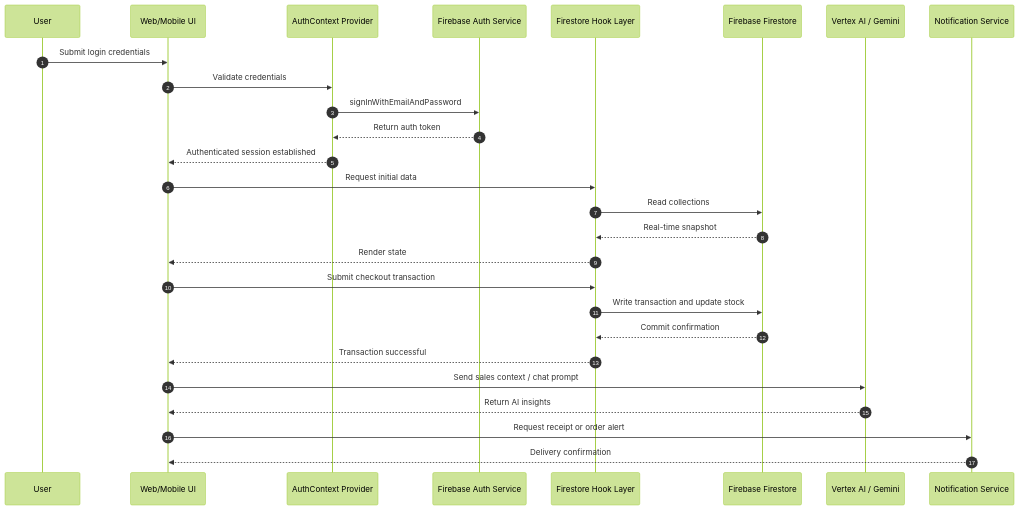
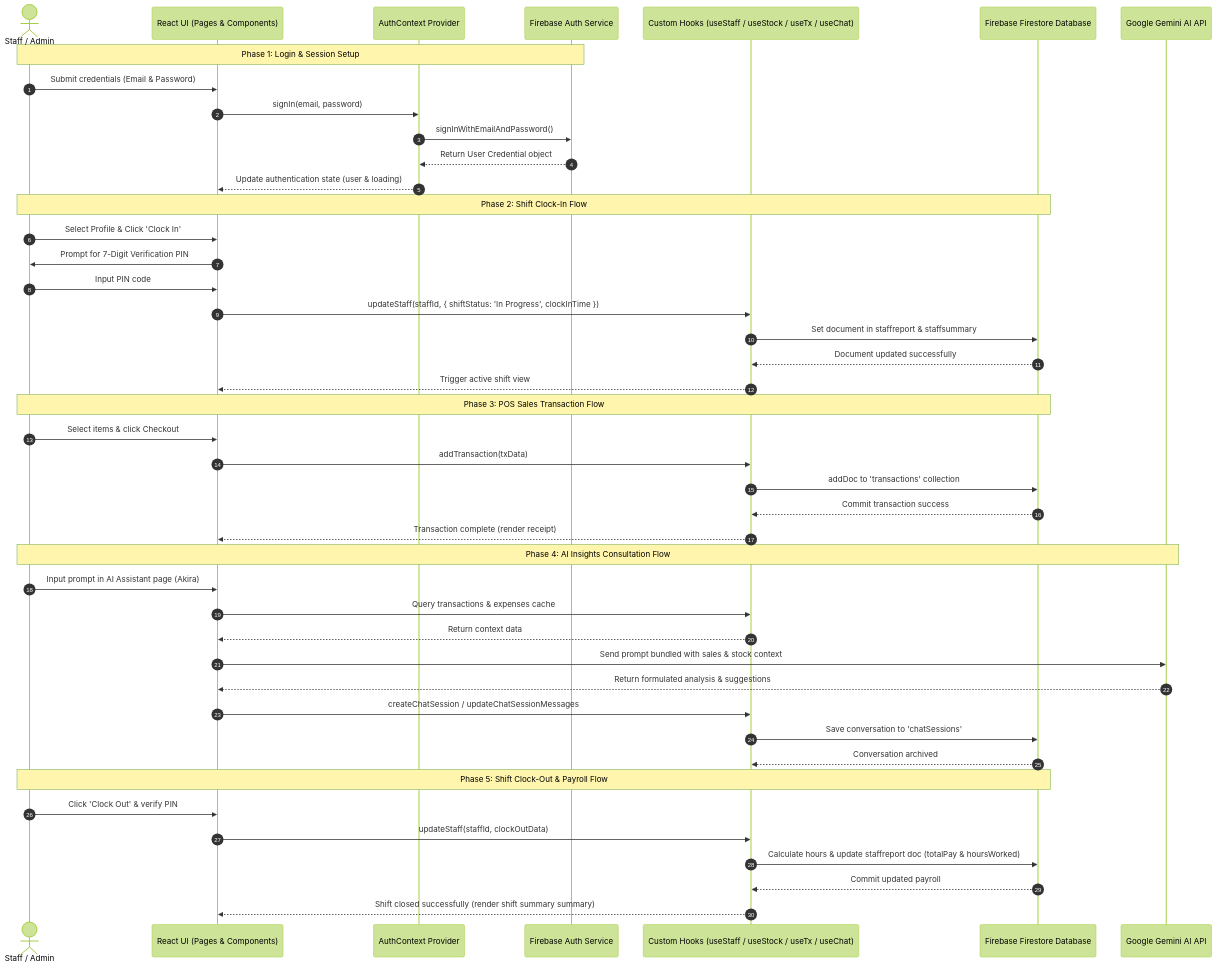
One commit to nloqmanhn05/Kedai1.0 changed the diagram in Diagram/sequence diagram.md. Above: the diagram before and after it, drawn with Mermaid (forest theme). The commit also changed other lines of this file and 4 other files, not shown here.

Commit message:
docs: update system design diagrams with current react-firestore architecture

````diff
--- a/Diagram/sequence diagram.md
+++ b/Diagram/sequence diagram.md
@@ -1,33 +1,56 @@
 ```mermaid
 sequenceDiagram
     autonumber
-    participant User
-    participant UI as Web/Mobile UI
+    actor User as Staff / Admin
+    participant UI as React UI (Pages & Components)
     participant AuthCtx as AuthContext Provider
-    participant FirebaseAuth as Firebase Auth Service
-    participant FirestoreHook as Firestore Hook Layer
-    participant Firestore as Firebase Firestore
-    participant Gemini as Vertex AI / Gemini
-    participant Notification as Notification Service
+    participant Auth as Firebase Auth Service
+    participant Hooks as Custom Hooks (useStaff / useStock / useTx / useChat)
+    participant Firestore as Firebase Firestore Database
+    participant Gemini as Google Gemini AI API
 
-    User->>UI: Submit login credentials
-    UI->>AuthCtx: Validate credentials
-    AuthCtx->>FirebaseAuth: signInWithEmailAndPassword
-    FirebaseAuth-->>AuthCtx: Return auth token
-    AuthCtx-->>UI: Authenticated session established
+    %% Phase 1: Authentication
+    Note over User, Auth: Phase 1: Login & Session Setup
+    User->>UI: Submit credentials (Email & Password)
+    UI->>AuthCtx: signIn(email, password)
+    AuthCtx->>Auth: signInWithEmailAndPassword()
+    Auth-->>AuthCtx: Return User Credential object
+    AuthCtx-->>UI: Update authentication state (user & loading)
+    
+    %% Phase 2: Clock-In Verification
+    Note over User, Firestore: Phase 2: Shift Clock-In Flow
+    User->>UI: Select Profile & Click 'Clock In'
+    UI->>User: Prompt for 7-Digit Verification PIN
+    User->>UI: Input PIN code
+    UI->>Hooks: updateStaff(staffId, { shiftStatus: 'In Progress', clockInTime })
+    Hooks->>Firestore: Set document in staffreport & staffsummary
+    Firestore-->>Hooks: Document updated successfully
+    Hooks-->>UI: Trigger active shift view
 
-    UI->>FirestoreHook: Request initial data
-    FirestoreHook->>Firestore: Read collections
-    Firestore-->>FirestoreHook: Real-time snapshot
-    FirestoreHook-->>UI: Render state
+    %% Phase 3: Sales Checkout Transaction
+    Note over User, Firestore: Phase 3: POS Sales Transaction Flow
+    User->>UI: Select items & click Checkout
+    UI->>Hooks: addTransaction(txData)
+    Hooks->>Firestore: addDoc to 'transactions' collection
+    Firestore-->>Hooks: Commit transaction success
+    Hooks-->>UI: Transaction complete (render receipt)
 
-    UI->>FirestoreHook: Submit checkout transaction
-    FirestoreHook->>Firestore: Write transaction and update stock
-    Firestore-->>FirestoreHook: Commit confirmation
-    FirestoreHook-->>UI: Transaction successful
+    %% Phase 4: Akira AI Assistant Consultation
+    Note over User, Gemini: Phase 4: AI Insights Consultation Flow
+    User->>UI: Input prompt in AI Assistant page (Akira)
+    UI->>Hooks: Query transactions & expenses cache
+    Hooks-->>UI: Return context data
+    UI->>Gemini: Send prompt bundled with sales & stock context
+    Gemini-->>UI: Return formulated analysis & suggestions
+    UI->>Hooks: createChatSession / updateChatSessionMessages
+    Hooks->>Firestore: Save conversation to 'chatSessions'
+    Firestore-->>Hooks: Conversation archived
 
-    UI->>Gemini: Send sales context / chat prompt
-    Gemini-->>UI: Return AI insights
-    UI->>Notification: Request receipt or order alert
-    Notification-->>UI: Delivery confirmation
+    %% Phase 5: Clock-Out & Payroll compilation
+    Note over User, Firestore: Phase 5: Shift Clock-Out & Payroll Flow
+    User->>UI: Click 'Clock Out' & verify PIN
+    UI->>Hooks: updateStaff(staffId, clockOutData)
+    Hooks->>Firestore: Calculate hours & update staffreport doc (totalPay & hoursWorked)
+    Firestore-->>Hooks: Commit updated payroll
+    Hooks-->>UI: Shift closed successfully (render shift summary summary)
 ```
````
